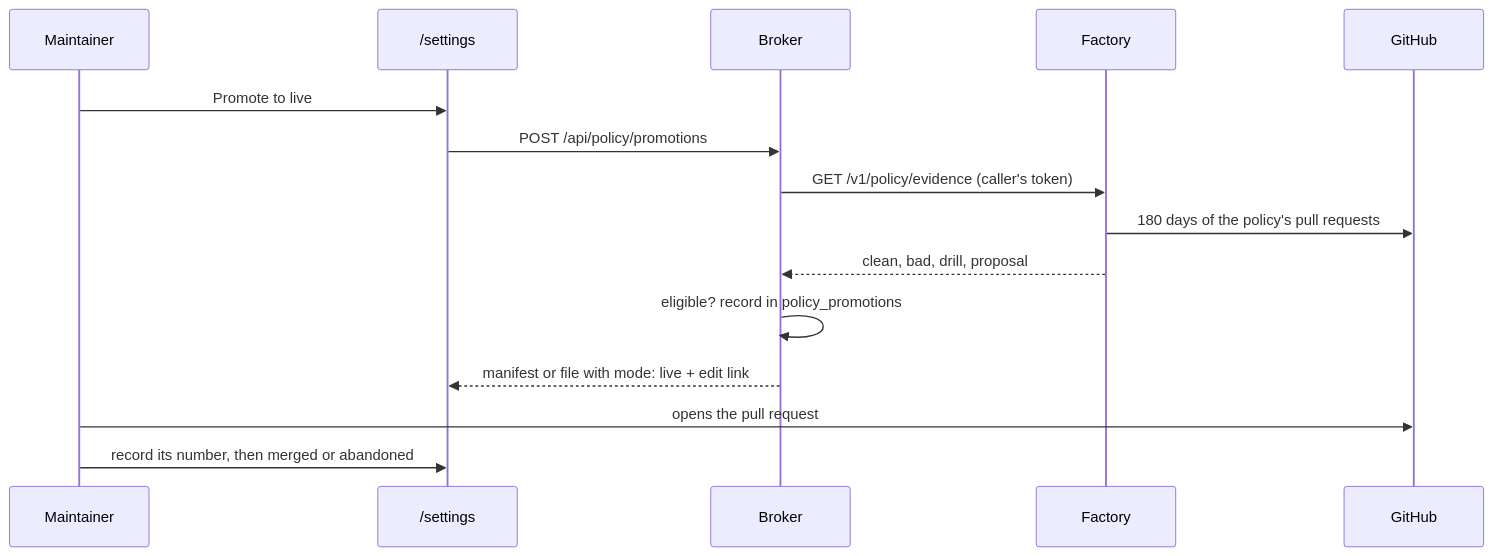
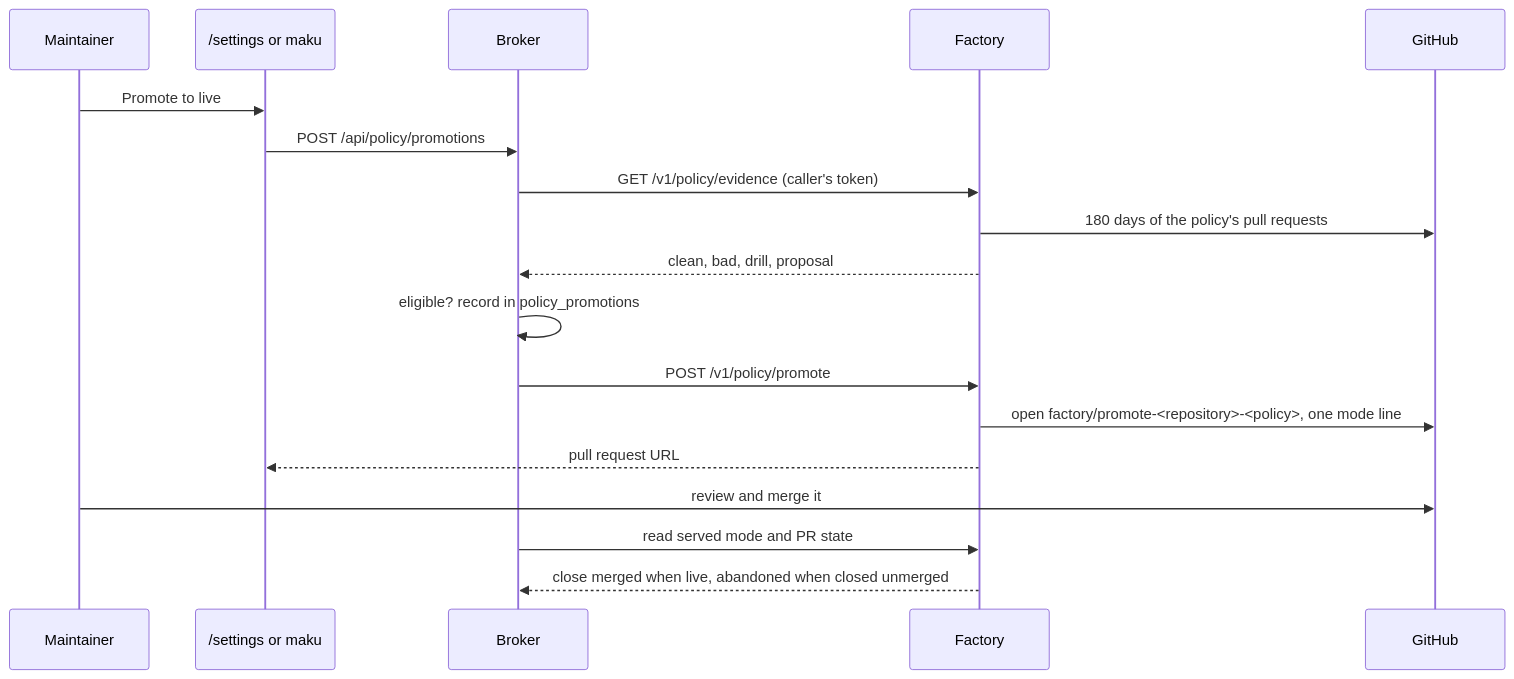
One commit to Smana/maku changed the third of 4 diagrams in docs/merge-policies.md. Above: the diagram before and after it, drawn with Mermaid. The commit also changed other lines of this file and 35 other files, not shown here.

Commit message:
feat(promotion): open GitOps pull requests for policies (#692)

````diff
--- a/docs/merge-policies.md
+++ b/docs/merge-policies.md
@@ -817,17 +818,20 @@
 ```mermaid
 sequenceDiagram
   participant M as Maintainer
-  participant UI as /settings
+  participant UI as /settings or maku
   participant B as Broker
   participant F as Factory
   participant GH as GitHub
   M->>UI: Promote to live
   UI->>B: POST /api/policy/promotions
   B->>F: GET /v1/policy/evidence (caller's token)
   F->>GH: 180 days of the policy's pull requests
   F-->>B: clean, bad, drill, proposal
   B->>B: eligible? record in policy_promotions
-  B-->>UI: manifest or file with mode: live + edit link
-  M->>GH: opens the pull request
-  M->>UI: record its number, then merged or abandoned
+  B->>F: POST /v1/policy/promote
+  F->>GH: open factory/promote-<repository>-<policy>, one mode line
+  F-->>UI: pull request URL
+  M->>GH: review and merge it
+  B->>F: read served mode and PR state
+  F-->>B: close merged when live, abandoned when closed unmerged
 ```
````
